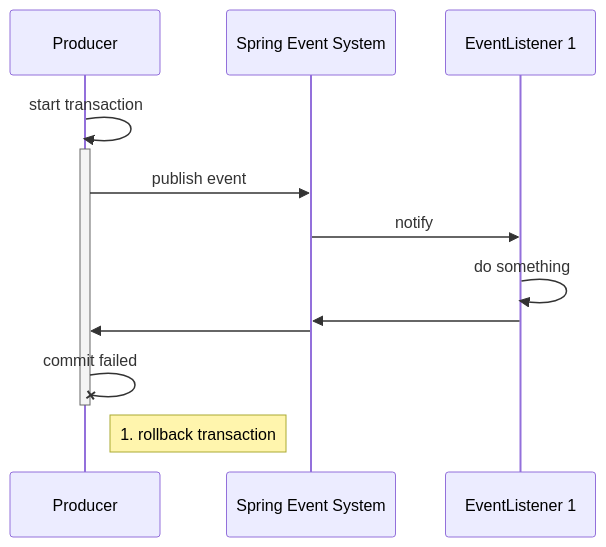
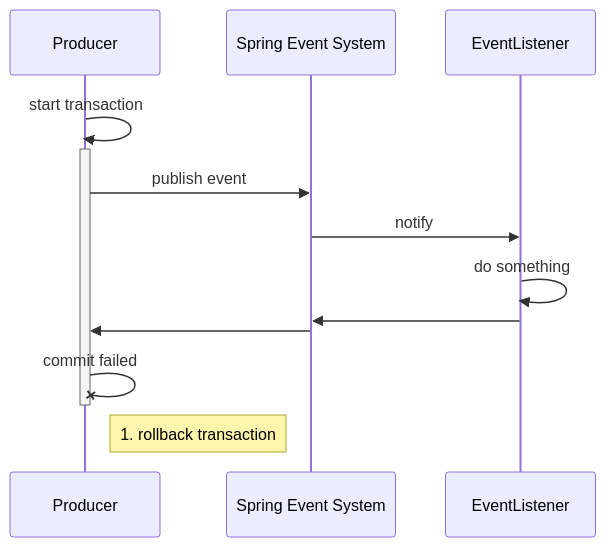
The fourth of 12 diagrams in slide/edd-slide.md (godisren/edd-spring-modulith-event), drawn with Mermaid before and after one commit. The commit also changed other lines of this file and 1 other file, not shown here.

````diff
--- a/slide/edd-slide.md
+++ b/slide/edd-slide.md
@@ -402,15 +399,15 @@
 ```mermaid
 sequenceDiagram
     participant Producer
     participant Broker as Spring Event System
-    participant EventListener as EventListener 1
+    participant EventListener as EventListener
 
     Producer->>+Producer : start transaction
     Producer->>Broker: publish event
     Broker->>EventListener: notify
     EventListener->>EventListener: do something
     EventListener->>Broker: 
     Broker->>Producer: 
     Producer-X-Producer : commit failed
     Note right of Producer: 1. rollback transaction
 ```
````
